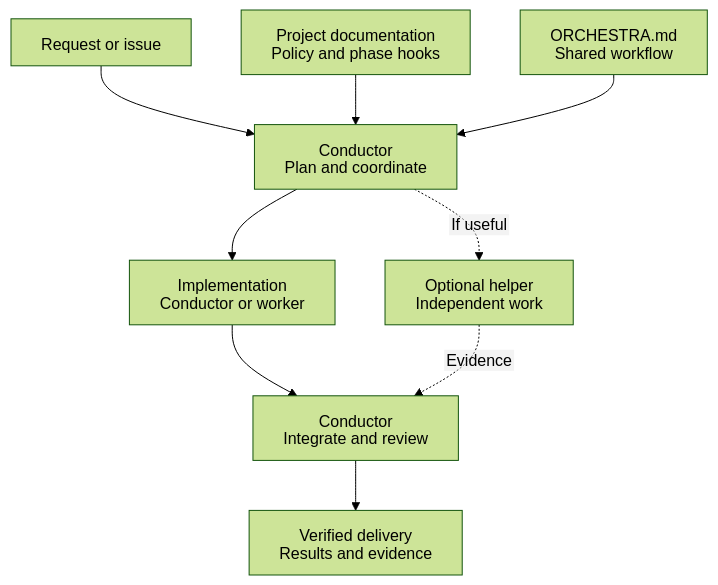
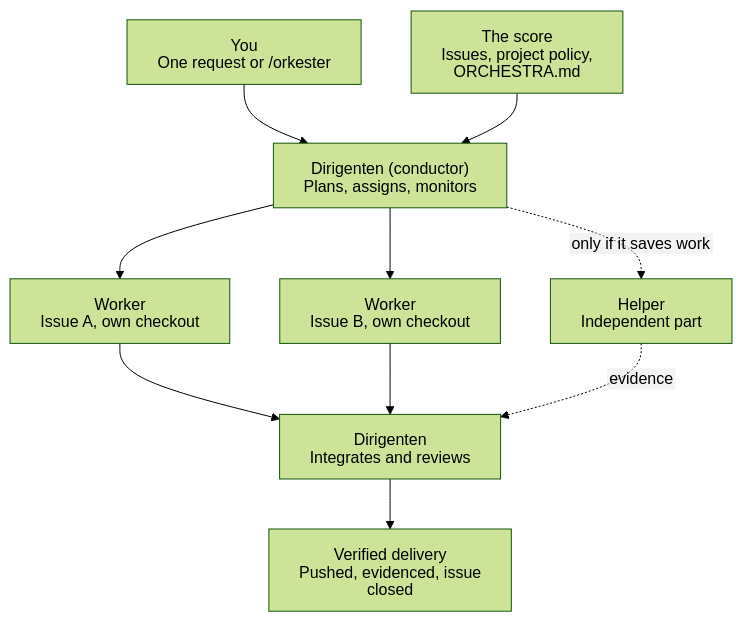
The diagram in README.md (solwation/github-dashboard), drawn with Mermaid (forest theme) before and after one commit. The commit also changed other lines of this file and 5 other files, not shown here.

First line of the commit message:
Squashed '.orchestra/shared/' changes from 562f7e4..ebe2cb8

````diff
--- a/README.md
+++ b/README.md
@@ -31,12 +36,14 @@
 ```mermaid
 %%{init: {"htmlLabels": false}}%%
 flowchart TD
-    task["Request or issue"] --> conductor["Conductor<br/>Plan and coordinate"]
-    host["Project documentation<br/>Policy and phase hooks"] --> conductor
-    core["ORCHESTRA.md<br/>Shared workflow"] --> conductor
-    conductor --> implementer["Implementation<br/>Conductor or worker"]
-    conductor -. "If useful" .-> helper["Optional helper<br/>Independent work"]
-    implementer --> review["Conductor<br/>Integrate and review"]
-    helper -. "Evidence" .-> review
-    review --> result["Verified delivery<br/>Results and evidence"]
+    you["You<br/>One request or /orkester"] --> conductor
+    score["The score<br/>Issues, project policy, ORCHESTRA.md"] --> conductor
+    conductor["Dirigenten (conductor)<br/>Plans, assigns, monitors"]
+    conductor --> w1["Worker<br/>Issue A, own checkout"]
+    conductor --> w2["Worker<br/>Issue B, own checkout"]
+    conductor -. "only if it saves work" .-> helper["Helper<br/>Independent part"]
+    w1 --> review["Dirigenten<br/>Integrates and reviews"]
+    w2 --> review
+    helper -. evidence .-> review
+    review --> main["Verified delivery<br/>Pushed, evidenced, issue closed"]
 ```
````
